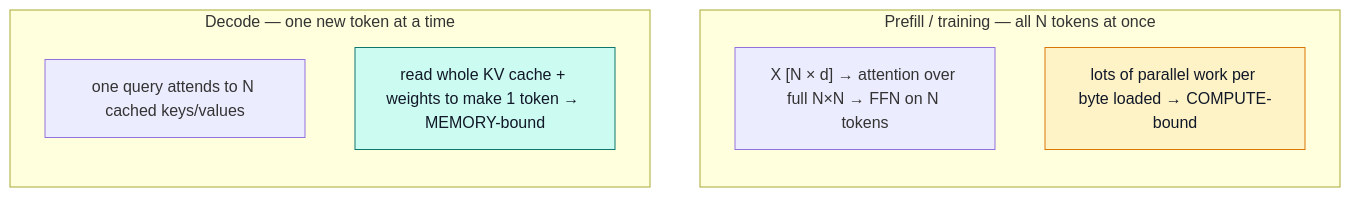
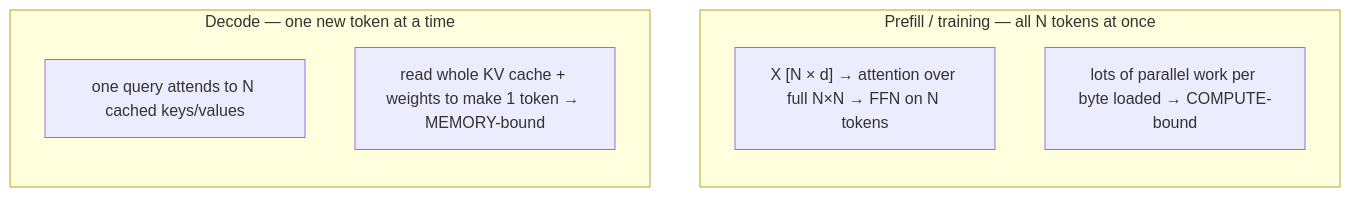
One commit to youyun8/deep-kernel-handbook changed the tenth of 10 diagrams in docs/foundations/transformer-from-scratch.md. Above: the diagram before and after it, drawn with Mermaid. The commit also changed other lines of this file and 9 other files, not shown here.

Commit message:
docs: theme Mermaid diagrams via CSS instead of baked classDef colors

````diff
--- a/docs/foundations/transformer-from-scratch.md
+++ b/docs/foundations/transformer-from-scratch.md
@@ -270,17 +261,15 @@
 ```mermaid
 flowchart TD
     subgraph PRE["Prefill / training — all N tokens at once"]
       direction TB
       P1["X [N × d] → attention over full N×N → FFN on N tokens"]
       P2["lots of parallel work per byte loaded → COMPUTE-bound"]
     end
     subgraph DEC["Decode — one new token at a time"]
       direction TB
       D1["one query attends to N cached keys/values"]
       D2["read whole KV cache + weights to make 1 token → MEMORY-bound"]
     end
     class P2 accAmber;
     class D2 accTeal;
-    classDef accAmber fill:#fef3c7,stroke:#d97706,color:#111827;
-    classDef accTeal fill:#ccfbf1,stroke:#0f766e,color:#111827;
 ```
````
